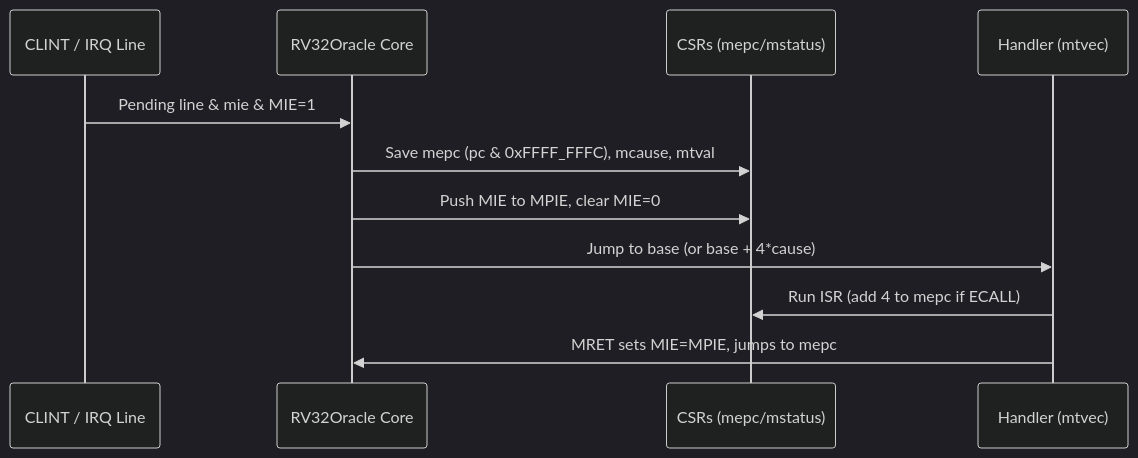
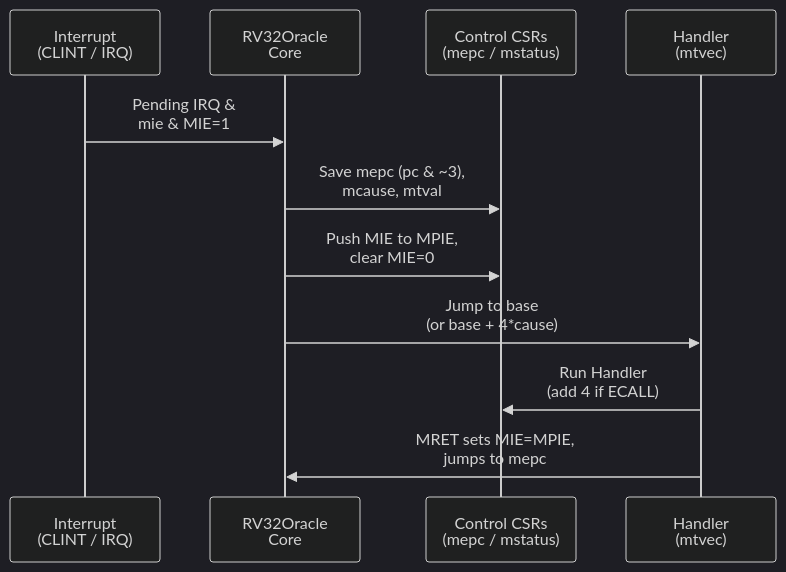
The third of 3 diagrams in systems/brain/chapters/01_isa_and_binary_arithmetic.md (Ethanex8/apex), drawn with Mermaid (dark theme) before and after one commit. The commit also changed other lines of this file and 26 other files, not shown here.

````diff
--- a/systems/brain/chapters/01_isa_and_binary_arithmetic.md
+++ b/systems/brain/chapters/01_isa_and_binary_arithmetic.md
@@ -448,13 +473,13 @@
 ```mermaid
 sequenceDiagram
-    participant T as CLINT / IRQ Line
-    participant C as RV32Oracle Core
-    participant R as CSRs (mepc/mstatus)
-    participant H as Handler (mtvec)
-    T->>C: Pending line & mie & MIE=1
-    C->>R: Save mepc (pc & 0xFFFF_FFFC), mcause, mtval
-    C->>R: Push MIE to MPIE, clear MIE=0
-    C->>H: Jump to base (or base + 4*cause)
-    H->>R: Run ISR (add 4 to mepc if ECALL)
-    H->>C: MRET sets MIE=MPIE, jumps to mepc
+    participant T as Interrupt<br/>(CLINT / IRQ)
+    participant C as RV32Oracle<br/>Core
+    participant R as Control CSRs<br/>(mepc / mstatus)
+    participant H as Handler<br/>(mtvec)
+    T->>C: Pending IRQ &<br/>mie & MIE=1
+    C->>R: Save mepc (pc & ~3),<br/>mcause, mtval
+    C->>R: Push MIE to MPIE,<br/>clear MIE=0
+    C->>H: Jump to base<br/>(or base + 4*cause)
+    H->>R: Run Handler<br/>(add 4 if ECALL)
+    H->>C: MRET sets MIE=MPIE,<br/>jumps to mepc
 ```
````
